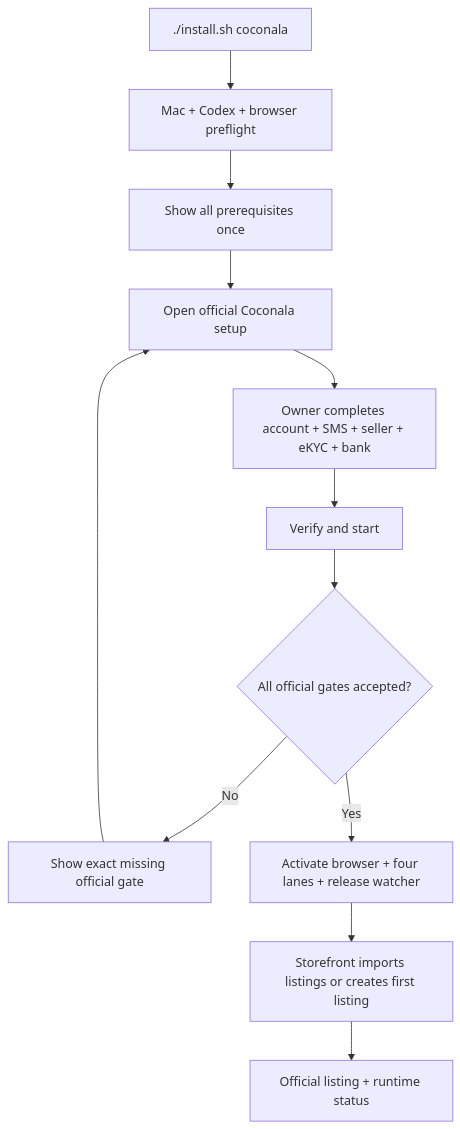
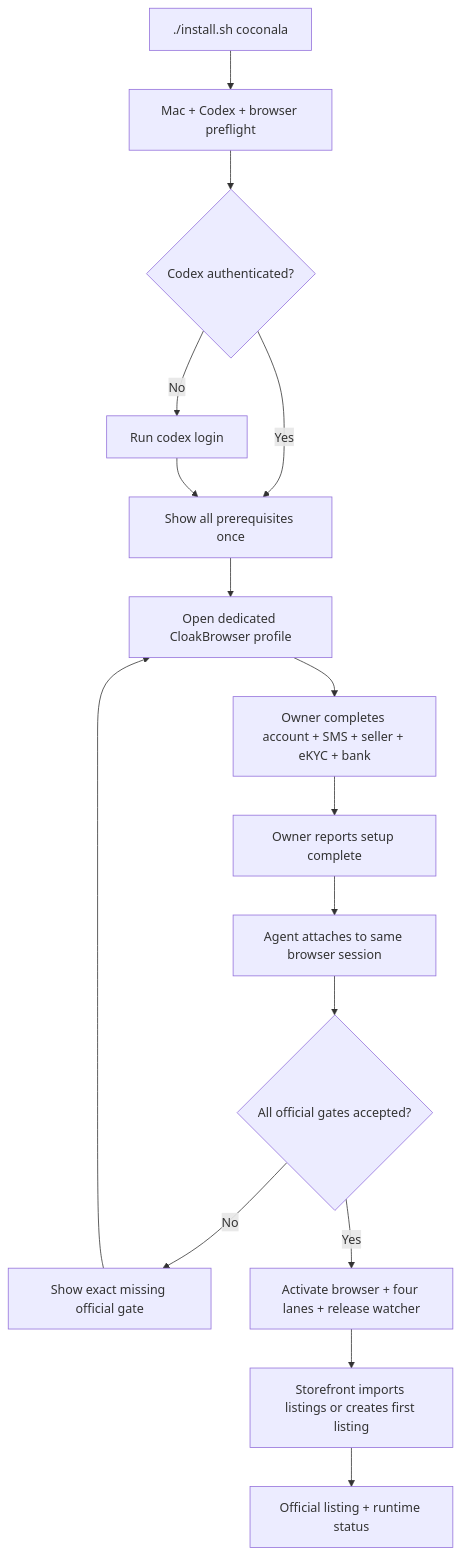
Before and after one commit to Daisuke134/anicca: the diagram in docs/superpowers/specs/2026-08-24-coconala-one-session-onboarding-design.md, drawn with Mermaid. The commit also changed other lines of this file and 3 other files, not shown here.

````diff
--- a/docs/superpowers/specs/2026-08-24-coconala-one-session-onboarding-design.md
+++ b/docs/superpowers/specs/2026-08-24-coconala-one-session-onboarding-design.md
@@ -51,14 +60,18 @@
 ```mermaid
 flowchart TD
     CMD["./install.sh coconala"] --> PREFLIGHT["Mac + Codex + browser preflight"]
-    PREFLIGHT --> GUIDE["Show all prerequisites once"]
-    GUIDE --> OFFICIAL["Open official Coconala setup"]
+    PREFLIGHT --> CODEX{"Codex authenticated?"}
+    CODEX -->|No| LOGIN["Run codex login"]
+    CODEX -->|Yes| GUIDE["Show all prerequisites once"]
+    LOGIN --> GUIDE
+    GUIDE --> OFFICIAL["Open dedicated CloakBrowser profile"]
     OFFICIAL --> HUMAN["Owner completes account + SMS + seller + eKYC + bank"]
-    HUMAN --> VERIFY["Verify and start"]
+    HUMAN --> DONE["Owner reports setup complete"]
+    DONE --> VERIFY["Agent attaches to same browser session"]
     VERIFY --> APPROVED{"All official gates accepted?"}
     APPROVED -->|No| CORRECT["Show exact missing official gate"]
     CORRECT --> OFFICIAL
     APPROVED -->|Yes| ACTIVATE["Activate browser + four lanes + release watcher"]
     ACTIVATE --> STOREFRONT["Storefront imports listings or creates first listing"]
     STOREFRONT --> RECEIPT["Official listing + runtime status"]
 ```
````
